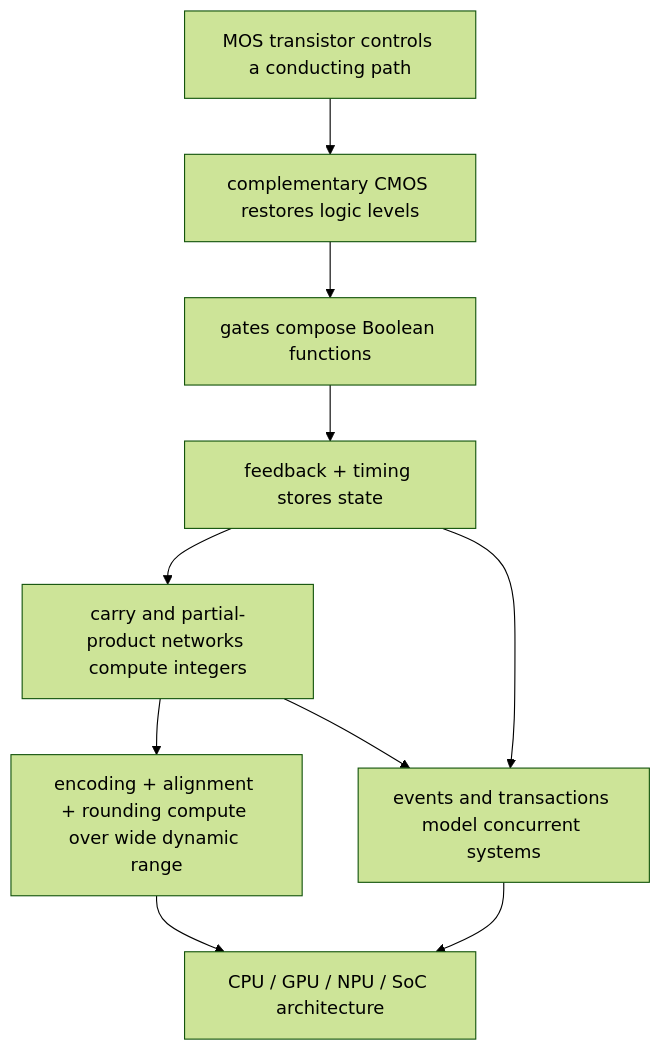
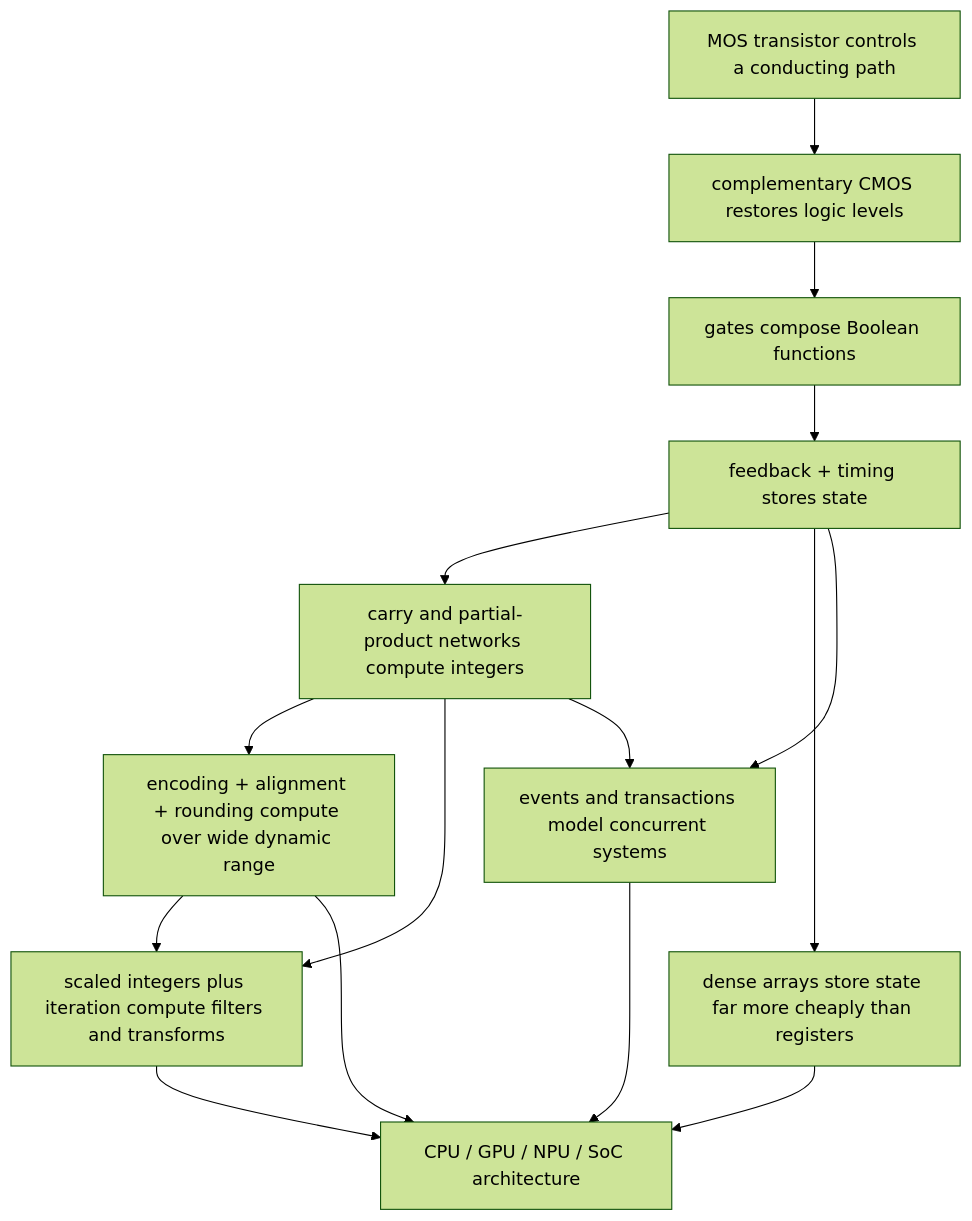
The diagram in 00_Fundamentals/00_Index.md (Wty2003328/silicon-design-notebook), drawn with Mermaid (forest theme) before and after one commit. The commit also changed other lines of this file and 28 other files, not shown here.

First line of the commit message:
Add beginner on-ramp and fill the back half of the flow

````diff
--- a/00_Fundamentals/00_Index.md
+++ b/00_Fundamentals/00_Index.md
@@ -5,12 +5,17 @@
 ```mermaid
 flowchart TD
     MOS["MOS transistor controls a conducting path"] --> CMOS["complementary CMOS restores logic levels"]
     CMOS --> GATE["gates compose Boolean functions"]
     GATE --> STATE["feedback + timing stores state"]
     STATE --> ARITH["carry and partial-product networks compute integers"]
+    STATE --> MEM["dense arrays store state far more cheaply than registers"]
     ARITH --> FP["encoding + alignment + rounding compute over wide dynamic range"]
+    ARITH --> DSP["scaled integers plus iteration compute filters and transforms"]
+    FP --> DSP
     STATE --> SIM["events and transactions model concurrent systems"]
     ARITH --> SIM
     FP --> ARCH["CPU / GPU / NPU / SoC architecture"]
+    MEM --> ARCH
+    DSP --> ARCH
     SIM --> ARCH
 ```
````
